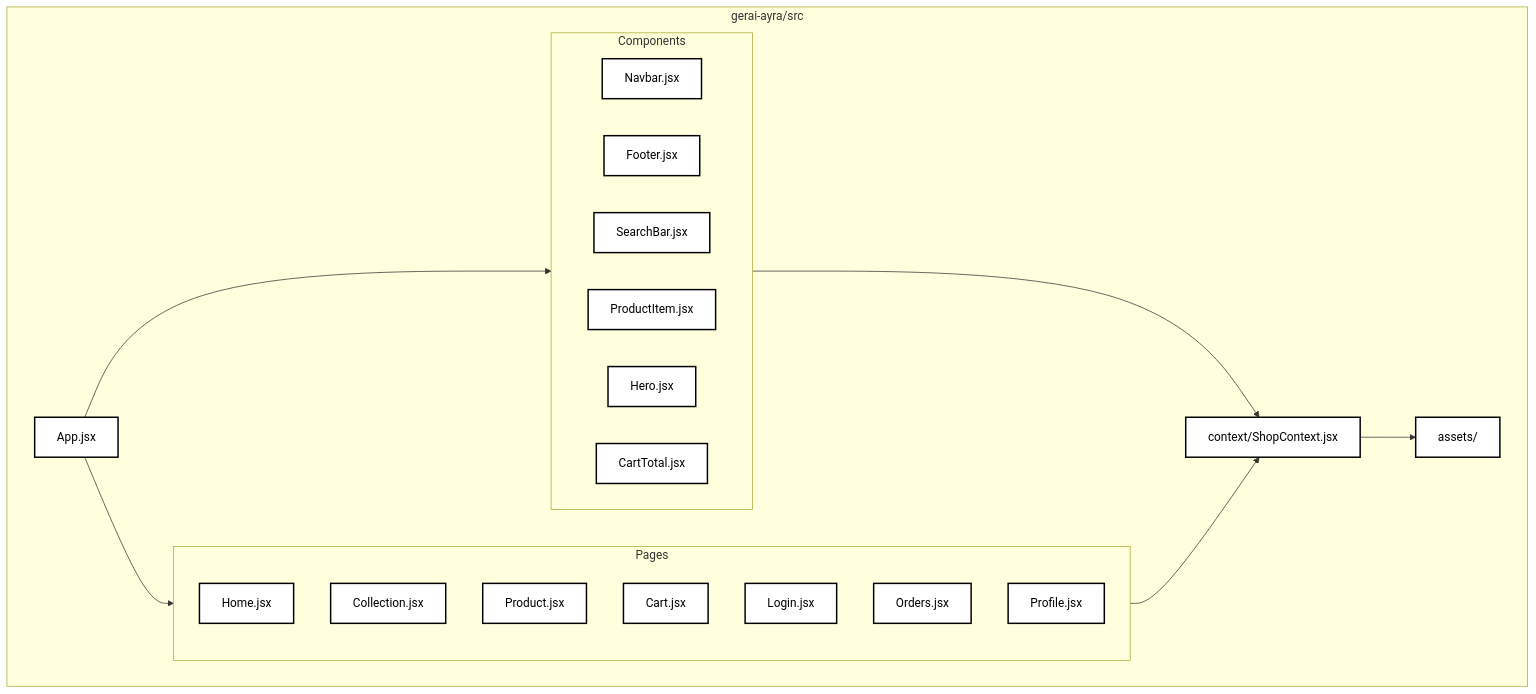
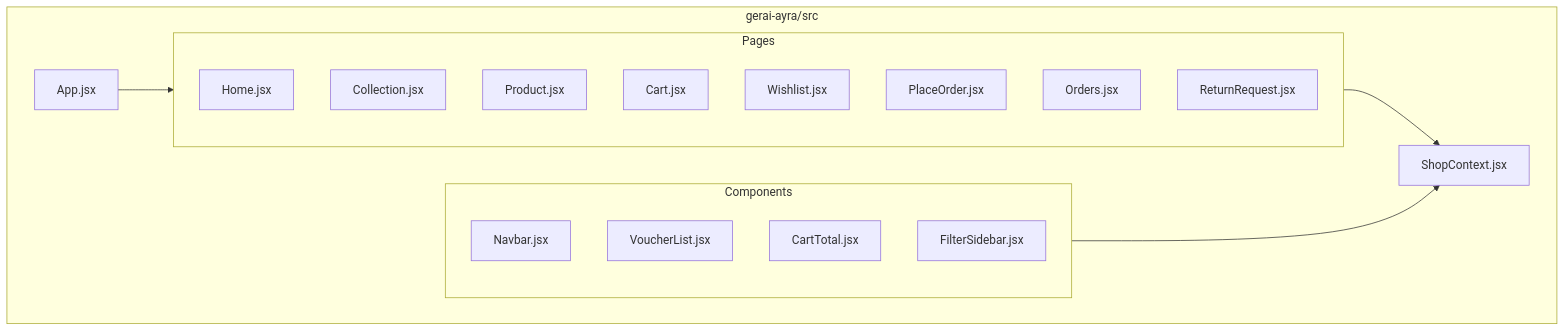
The seventh of 8 diagrams in flowchart.md (Grinti123/gerai-ayra-fullstack), drawn with Mermaid before and after one commit. The commit also changed other lines of this file and 229 other files, not shown here.

````diff
--- a/flowchart.md
+++ b/flowchart.md
@@ -233,39 +238,29 @@
 ```mermaid
 graph TB
     subgraph "gerai-ayra/src"
-        Main[App.jsx]
-        Pages[pages/]
-        Components[components/]
-        Context[context/ShopContext.jsx]
-        Assets[assets/]
+        App[App.jsx]
+        Context[ShopContext.jsx]
+        
+        subgraph "Pages"
+            Home[Home.jsx]
+            Coll[Collection.jsx]
+            Prod[Product.jsx]
+            Cart[Cart.jsx]
+            Wish[Wishlist.jsx]
+            Place[PlaceOrder.jsx]
+            Ord[Orders.jsx]
+            Ret[ReturnRequest.jsx]
+        end
+        
+        subgraph "Components"
+            Nav[Navbar.jsx]
+            Vouch[VoucherList.jsx]
+            Total[CartTotal.jsx]
+            Filter[FilterSidebar.jsx]
+        end
     end
 
-    Main --> Pages
-    Main --> Components
+    App --> Pages
+    Pages --> Context
     Components --> Context
-    Pages --> Context
-    Context --> Assets
-
-    subgraph "Pages"
-        Home[Home.jsx]
-        Collection[Collection.jsx]
-        Product[Product.jsx]
-        Cart[Cart.jsx]
-        Login[Login.jsx]
-        Orders[Orders.jsx]
-        Profile[Profile.jsx]
-    end
-
-    subgraph "Components"
-        Navbar[Navbar.jsx]
-        Footer[Footer.jsx]
-        SearchBar[SearchBar.jsx]
-        ProductItem[ProductItem.jsx]
-        Hero[Hero.jsx]
-        CartTotal[CartTotal.jsx]
-    end
-
-    classDef default fill:#ffffff,stroke:#000000,stroke-width:2px,color:#000000
-
-    class Main,Home,Collection,Product,Cart,Login,Orders,Profile,Navbar,Footer,SearchBar,ProductItem,Hero,CartTotal,Context,Assets default
 ```
````
